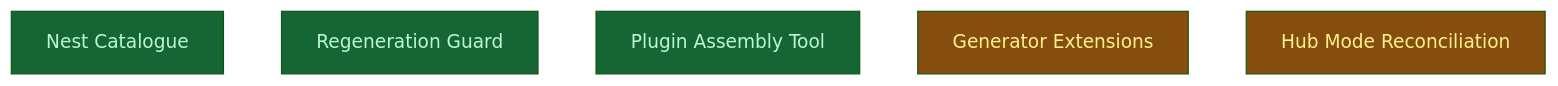
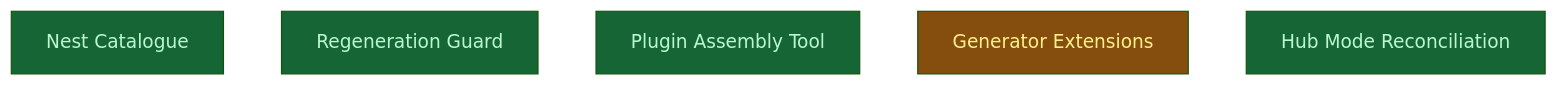
One commit to CrackingShells/cracking-shells-playbook changed the diagram in __roadmap__/agent_plugin_nest/README.md. Above: the diagram before and after it, drawn with Mermaid (forest theme). The commit also changed other lines of this file and 1 other file, not shown here.

Commit message:
chore(roadmap): amendment A1 done

````diff
--- a/__roadmap__/agent_plugin_nest/README.md
+++ b/__roadmap__/agent_plugin_nest/README.md
@@ -37,13 +37,13 @@
 ```mermaid
 graph TD
     nest_catalogue[Nest Catalogue]:::done
     regeneration_guard[Regeneration Guard]:::done
     plugin_assembly_tool[Plugin Assembly Tool]:::done
     generator[Generator Extensions]:::inprogress
-    hub_mode_reconciliation[Hub Mode Reconciliation]:::inprogress
+    hub_mode_reconciliation[Hub Mode Reconciliation]:::done
     classDef done       fill:#166534,color:#bbf7d0
     classDef inprogress fill:#854d0e,color:#fef08a
     classDef planned    fill:#374151,color:#e5e7eb
     classDef amendment  fill:#1e3a5f,color:#bfdbfe
     classDef blocked    fill:#7f1d1d,color:#fecaca
 ```
````
